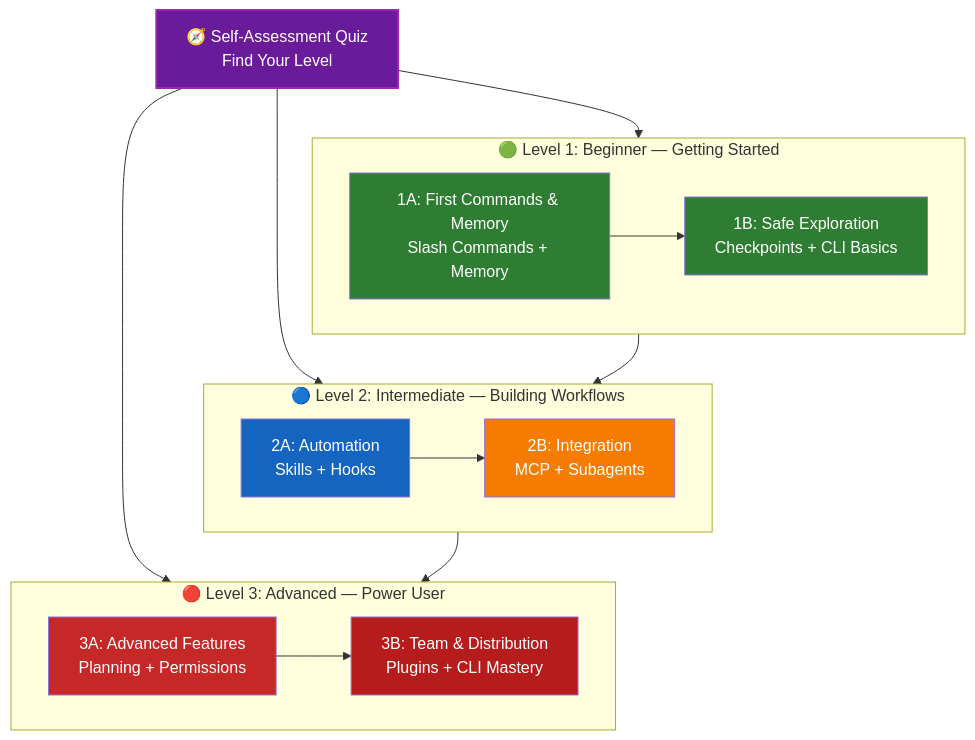
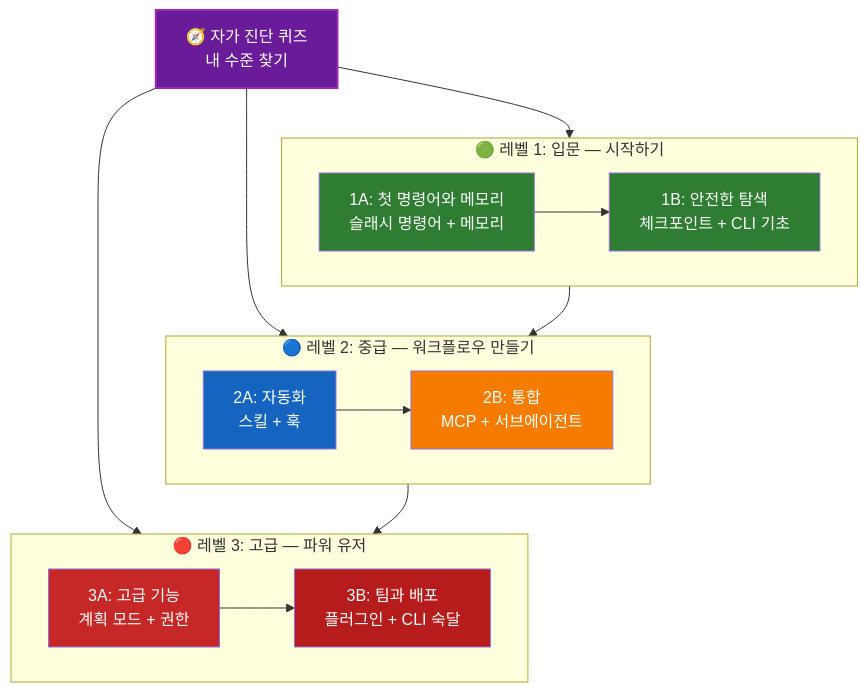
One commit to KIMDONGWHEE99/howkorean changed the diagram in LEARNING-ROADMAP.md. Above: the diagram before and after it, drawn with Mermaid. The commit also changed other lines of this file and 1 other file, not shown here.

First line of the commit message:
docs(LEARNING-ROADMAP): 한국어로 번역

````diff
--- a/LEARNING-ROADMAP.md
+++ b/LEARNING-ROADMAP.md
@@ -55,32 +55,32 @@
 ```mermaid
 graph TD
-    Q["🧭 Self-Assessment Quiz<br/>Find Your Level"] --> L1
+    Q["🧭 자가 진단 퀴즈<br/>내 수준 찾기"] --> L1
     Q --> L2
     Q --> L3
 
-    subgraph L1["🟢 Level 1: Beginner — Getting Started"]
+    subgraph L1["🟢 레벨 1: 입문 — 시작하기"]
         direction LR
-        A["1A: First Commands & Memory<br/>Slash Commands + Memory"] --> B["1B: Safe Exploration<br/>Checkpoints + CLI Basics"]
+        A["1A: 첫 명령어와 메모리<br/>슬래시 명령어 + 메모리"] --> B["1B: 안전한 탐색<br/>체크포인트 + CLI 기초"]
     end
 
-    subgraph L2["🔵 Level 2: Intermediate — Building Workflows"]
+    subgraph L2["🔵 레벨 2: 중급 — 워크플로우 만들기"]
         direction LR
-        C["2A: Automation<br/>Skills + Hooks"] --> D["2B: Integration<br/>MCP + Subagents"]
+        C["2A: 자동화<br/>스킬 + 훅"] --> D["2B: 통합<br/>MCP + 서브에이전트"]
     end
 
-    subgraph L3["🔴 Level 3: Advanced — Power User"]
+    subgraph L3["🔴 레벨 3: 고급 — 파워 유저"]
         direction LR
-        E["3A: Advanced Features<br/>Planning + Permissions"] --> F["3B: Team & Distribution<br/>Plugins + CLI Mastery"]
+        E["3A: 고급 기능<br/>계획 모드 + 권한"] --> F["3B: 팀과 배포<br/>플러그인 + CLI 숙달"]
     end
 
     L1 --> L2
     L2 --> L3
 
     style Q fill:#6A1B9A,color:#fff,stroke:#9C27B0,stroke-width:2px
     style A fill:#2E7D32,color:#fff
     style B fill:#2E7D32,color:#fff
     style C fill:#1565C0,color:#fff
     style D fill:#F57C00,color:#fff
     style E fill:#C62828,color:#fff
     style F fill:#B71C1C,color:#fff
 ```
````
